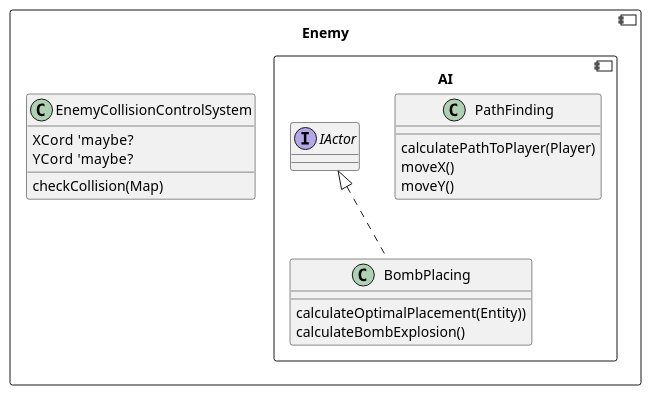
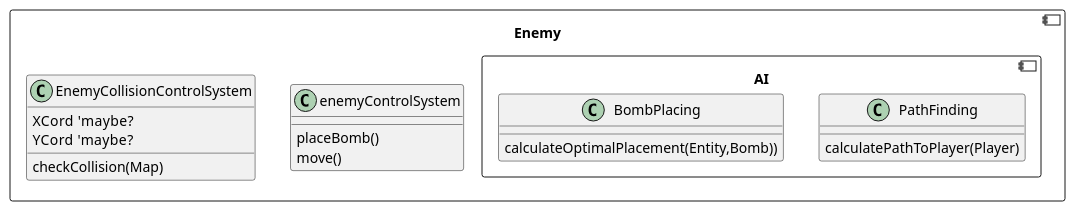
Before and after one commit to TidosDK/boom-battle: the diagram in Documentation/enemy_diagram.puml, drawn with PlantUML.

Commit message:
Changes based on feedback from mathias

```diff
--- a/Documentation/enemy_diagram.puml
+++ b/Documentation/enemy_diagram.puml
@@ -1,27 +1,28 @@
 @startuml
 
 component Enemy{
 
+    class enemyControlSystem{
+        placeBomb()
+        move()
+    }
     component AI{
     'maybe an interface
         class PathFinding{
             calculatePathToPlayer(Player)
-            moveX()
-            moveY()
         }
 
-        class BombPlacing implements IActor{
-            calculateOptimalPlacement(Entity))
-            calculateBombExplosion()
+        class BombPlacing {
+            calculateOptimalPlacement(Entity,Bomb))
         }
     }
 
     class EnemyCollisionControlSystem{
         XCord  'maybe?
         YCord  'maybe?
         checkCollision(Map)
     }
 }
 
 
 @enduml
```
